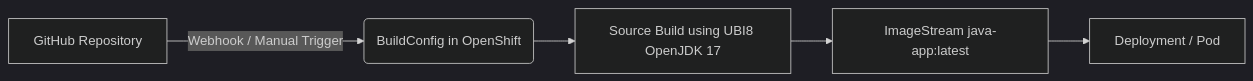
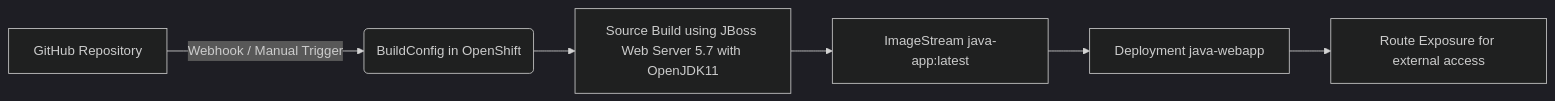
The diagram in README.md (BabbarPB08/buildconfig-javatest), drawn with Mermaid (dark theme) before and after one commit. The commit also changed other lines of this file, not shown here.

````diff
--- a/README.md
+++ b/README.md
@@ -201,7 +265,8 @@
 ```mermaid
 flowchart LR
     A[GitHub Repository] -->|Webhook / Manual Trigger| B(BuildConfig in OpenShift)
-    B --> C[Source Build using UBI8 OpenJDK 17]
+    B --> C[Source Build using JBoss Web Server 5.7 with OpenJDK11]
     C --> D[ImageStream java-app:latest]
-    D --> E[Deployment / Pod]
+    D --> E[Deployment java-webapp]
+    E --> F[Route Exposure for external access]
 ```
````
